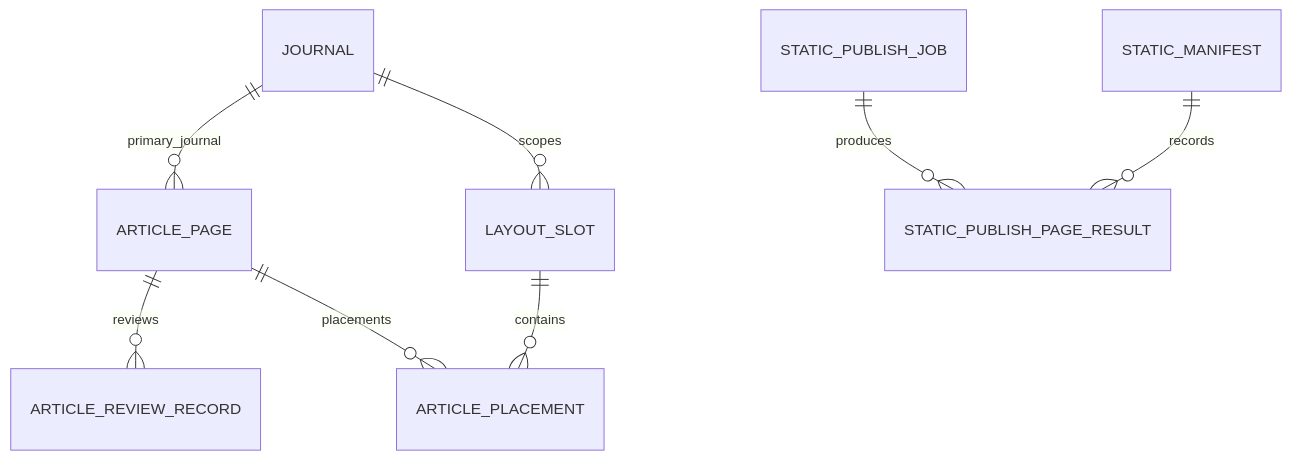
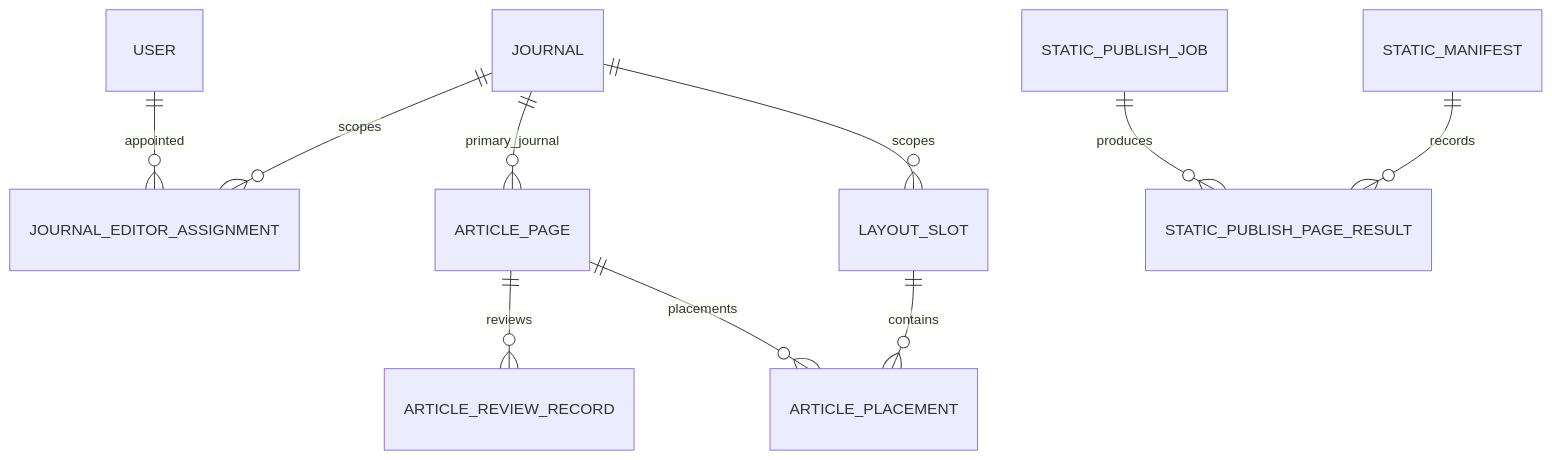
One commit to hui76386-lab/AI-Author-Forum changed the diagram in docs/cms-development/04-data-models-and-state-machines.zh-CN.md. Above: the diagram before and after it, drawn with Mermaid. The commit also changed other lines of this file and 214 other files, not shown here.

````diff
--- a/docs/cms-development/04-data-models-and-state-machines.zh-CN.md
+++ b/docs/cms-development/04-data-models-and-state-machines.zh-CN.md
@@ -5,10 +5,12 @@
 ```mermaid
 erDiagram
+    USER ||--o{ JOURNAL_EDITOR_ASSIGNMENT : appointed
+    JOURNAL ||--o{ JOURNAL_EDITOR_ASSIGNMENT : scopes
     JOURNAL ||--o{ ARTICLE_PAGE : primary_journal
     ARTICLE_PAGE ||--o{ ARTICLE_REVIEW_RECORD : reviews
     ARTICLE_PAGE ||--o{ ARTICLE_PLACEMENT : placements
     LAYOUT_SLOT ||--o{ ARTICLE_PLACEMENT : contains
     STATIC_PUBLISH_JOB ||--o{ STATIC_PUBLISH_PAGE_RESULT : produces
     STATIC_MANIFEST ||--o{ STATIC_PUBLISH_PAGE_RESULT : records
     JOURNAL ||--o{ LAYOUT_SLOT : scopes
 ```
````
